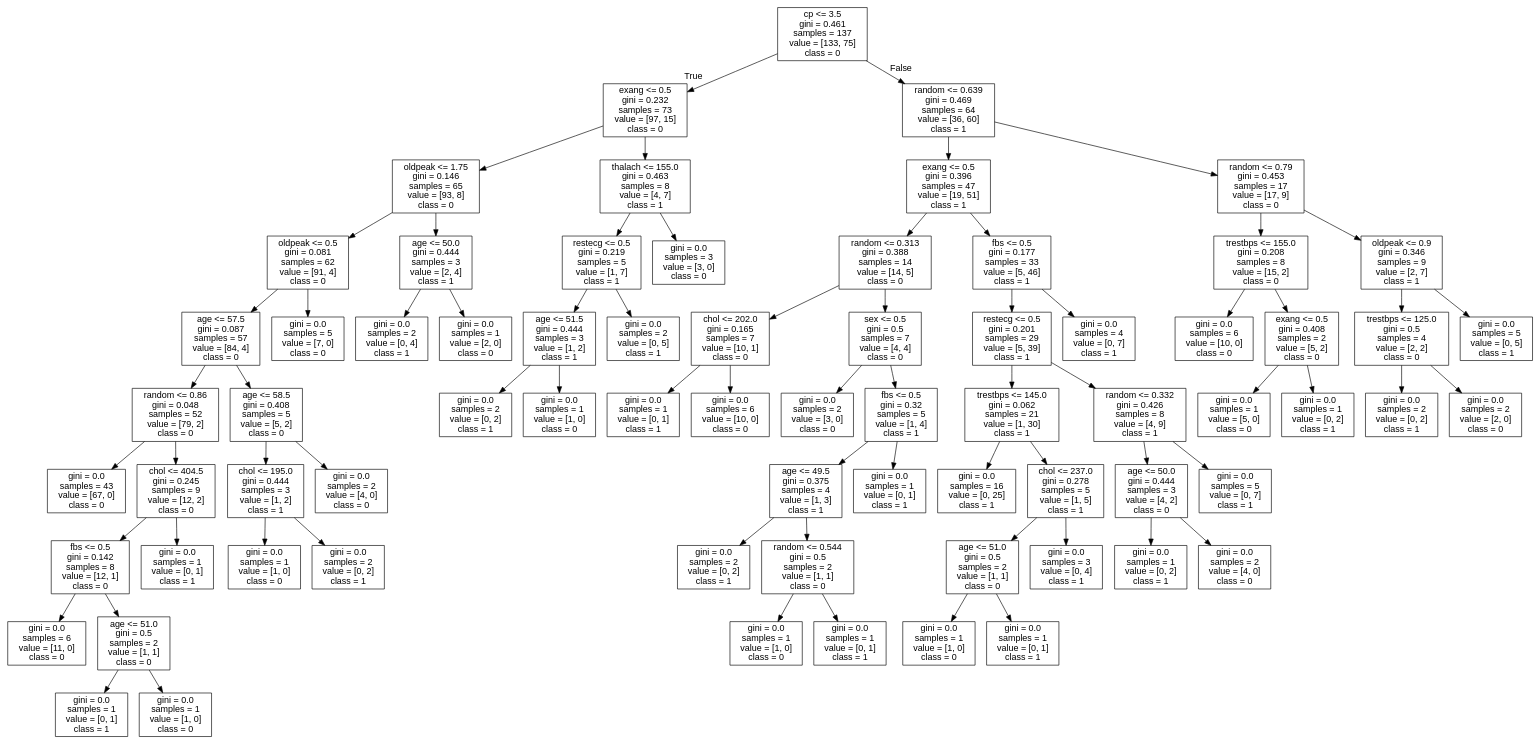
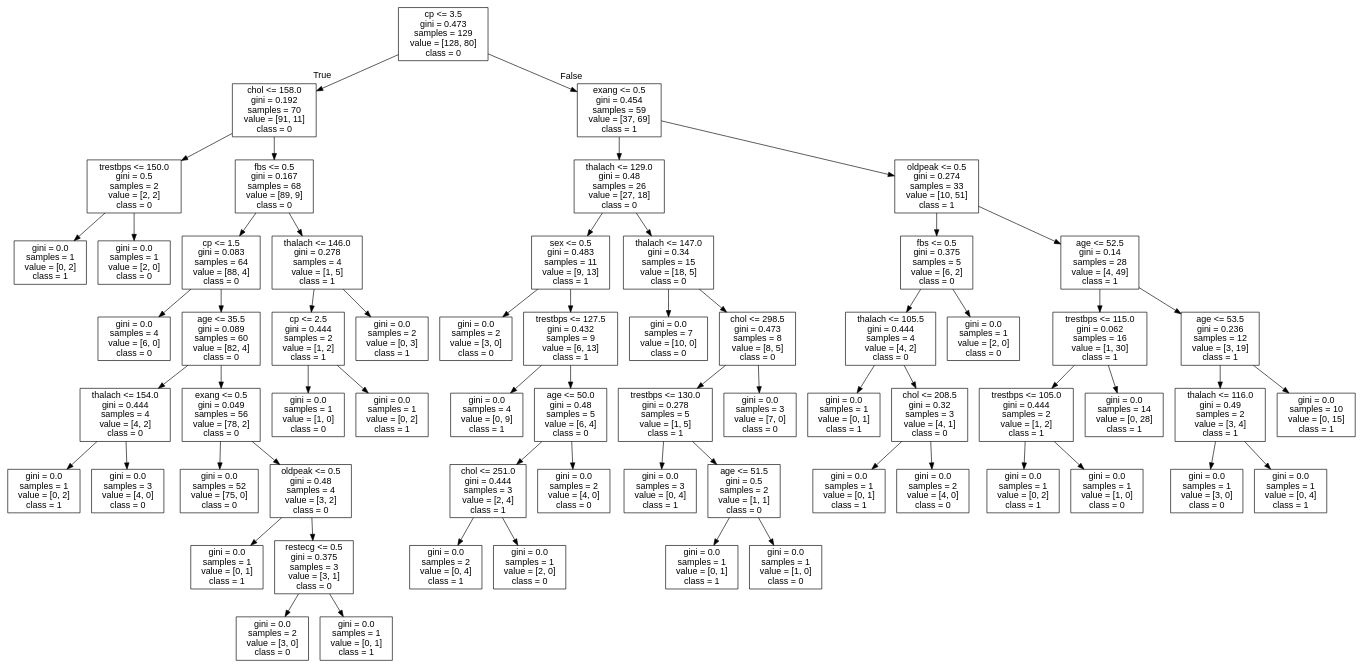
One commit to cyrilvincent/ML changed the diagram in data/heartdisease/tree.dot. Above: the diagram before and after it, drawn with Graphviz. The commit also changed 3 other files, not shown here.

```diff
--- a/data/heartdisease/tree.dot
+++ b/data/heartdisease/tree.dot
@@ -1,145 +1,129 @@
 digraph Tree {
 node [shape=box, fontname="helvetica"] ;
 edge [fontname="helvetica"] ;
-0 [label="cp <= 3.5\ngini = 0.461\nsamples = 137\nvalue = [133, 75]\nclass = 0"] ;
-1 [label="exang <= 0.5\ngini = 0.232\nsamples = 73\nvalue = [97, 15]\nclass = 0"] ;
+0 [label="cp <= 3.5\ngini = 0.473\nsamples = 129\nvalue = [128, 80]\nclass = 0"] ;
+1 [label="chol <= 158.0\ngini = 0.192\nsamples = 70\nvalue = [91, 11]\nclass = 0"] ;
 0 -> 1 [labeldistance=2.5, labelangle=45, headlabel="True"] ;
-2 [label="oldpeak <= 1.75\ngini = 0.146\nsamples = 65\nvalue = [93, 8]\nclass = 0"] ;
+2 [label="trestbps <= 150.0\ngini = 0.5\nsamples = 2\nvalue = [2, 2]\nclass = 0"] ;
 1 -> 2 ;
-3 [label="oldpeak <= 0.5\ngini = 0.081\nsamples = 62\nvalue = [91, 4]\nclass = 0"] ;
+3 [label="gini = 0.0\nsamples = 1\nvalue = [0, 2]\nclass = 1"] ;
 2 -> 3 ;
-4 [label="age <= 57.5\ngini = 0.087\nsamples = 57\nvalue = [84, 4]\nclass = 0"] ;
-3 -> 4 ;
-5 [label="random <= 0.86\ngini = 0.048\nsamples = 52\nvalue = [79, 2]\nclass = 0"] ;
-4 -> 5 ;
-6 [label="gini = 0.0\nsamples = 43\nvalue = [67, 0]\nclass = 0"] ;
+4 [label="gini = 0.0\nsamples = 1\nvalue = [2, 0]\nclass = 0"] ;
+2 -> 4 ;
+5 [label="fbs <= 0.5\ngini = 0.167\nsamples = 68\nvalue = [89, 9]\nclass = 0"] ;
+1 -> 5 ;
+6 [label="cp <= 1.5\ngini = 0.083\nsamples = 64\nvalue = [88, 4]\nclass = 0"] ;
 5 -> 6 ;
-7 [label="chol <= 404.5\ngini = 0.245\nsamples = 9\nvalue = [12, 2]\nclass = 0"] ;
-5 -> 7 ;
-8 [label="fbs <= 0.5\ngini = 0.142\nsamples = 8\nvalue = [12, 1]\nclass = 0"] ;
-7 -> 8 ;
-9 [label="gini = 0.0\nsamples = 6\nvalue = [11, 0]\nclass = 0"] ;
+7 [label="gini = 0.0\nsamples = 4\nvalue = [6, 0]\nclass = 0"] ;
+6 -> 7 ;
+8 [label="age <= 35.5\ngini = 0.089\nsamples = 60\nvalue = [82, 4]\nclass = 0"] ;
+6 -> 8 ;
+9 [label="thalach <= 154.0\ngini = 0.444\nsamples = 4\nvalue = [4, 2]\nclass = 0"] ;
 8 -> 9 ;
-10 [label="age <= 51.0\ngini = 0.5\nsamples = 2\nvalue = [1, 1]\nclass = 0"] ;
-8 -> 10 ;
-11 [label="gini = 0.0\nsamples = 1\nvalue = [0, 1]\nclass = 1"] ;
-10 -> 11 ;
-12 [label="gini = 0.0\nsamples = 1\nvalue = [1, 0]\nclass = 0"] ;
-10 -> 12 ;
-13 [label="gini = 0.0\nsamples = 1\nvalue = [0, 1]\nclass = 1"] ;
-7 -> 13 ;
-14 [label="age <= 58.5\ngini = 0.408\nsamples = 5\nvalue = [5, 2]\nclass = 0"] ;
-4 -> 14 ;
-15 [label="chol <= 195.0\ngini = 0.444\nsamples = 3\nvalue = [1, 2]\nclass = 1"] ;
+10 [label="gini = 0.0\nsamples = 1\nvalue = [0, 2]\nclass = 1"] ;
+9 -> 10 ;
+11 [label="gini = 0.0\nsamples = 3\nvalue = [4, 0]\nclass = 0"] ;
+9 -> 11 ;
+12 [label="exang <= 0.5\ngini = 0.049\nsamples = 56\nvalue = [78, 2]\nclass = 0"] ;
+8 -> 12 ;
+13 [label="gini = 0.0\nsamples = 52\nvalue = [75, 0]\nclass = 0"] ;
+12 -> 13 ;
+14 [label="oldpeak <= 0.5\ngini = 0.48\nsamples = 4\nvalue = [3, 2]\nclass = 0"] ;
+12 -> 14 ;
+15 [label="gini = 0.0\nsamples = 1\nvalue = [0, 1]\nclass = 1"] ;
 14 -> 15 ;
-16 [label="gini = 0.0\nsamples = 1\nvalue = [1, 0]\nclass = 0"] ;
-15 -> 16 ;
-17 [label="gini = 0.0\nsamples = 2\nvalue = [0, 2]\nclass = 1"] ;
-15 -> 17 ;
-18 [label="gini = 0.0\nsamples = 2\nvalue = [4, 0]\nclass = 0"] ;
-14 -> 18 ;
-19 [label="gini = 0.0\nsamples = 5\nvalue = [7, 0]\nclass = 0"] ;
-3 -> 19 ;
-20 [label="age <= 50.0\ngini = 0.444\nsamples = 3\nvalue = [2, 4]\nclass = 1"] ;
-2 -> 20 ;
-21 [label="gini = 0.0\nsamples = 2\nvalue = [0, 4]\nclass = 1"] ;
+16 [label="restecg <= 0.5\ngini = 0.375\nsamples = 3\nvalue = [3, 1]\nclass = 0"] ;
+14 -> 16 ;
+17 [label="gini = 0.0\nsamples = 2\nvalue = [3, 0]\nclass = 0"] ;
+16 -> 17 ;
+18 [label="gini = 0.0\nsamples = 1\nvalue = [0, 1]\nclass = 1"] ;
+16 -> 18 ;
+19 [label="thalach <= 146.0\ngini = 0.278\nsamples = 4\nvalue = [1, 5]\nclass = 1"] ;
+5 -> 19 ;
+20 [label="cp <= 2.5\ngini = 0.444\nsamples = 2\nvalue = [1, 2]\nclass = 1"] ;
+19 -> 20 ;
+21 [label="gini = 0.0\nsamples = 1\nvalue = [1, 0]\nclass = 0"] ;
 20 -> 21 ;
-22 [label="gini = 0.0\nsamples = 1\nvalue = [2, 0]\nclass = 0"] ;
+22 [label="gini = 0.0\nsamples = 1\nvalue = [0, 2]\nclass = 1"] ;
 20 -> 22 ;
-23 [label="thalach <= 155.0\ngini = 0.463\nsamples = 8\nvalue = [4, 7]\nclass = 1"] ;
-1 -> 23 ;
-24 [label="restecg <= 0.5\ngini = 0.219\nsamples = 5\nvalue = [1, 7]\nclass = 1"] ;
-23 -> 24 ;
-25 [label="age <= 51.5\ngini = 0.444\nsamples = 3\nvalue = [1, 2]\nclass = 1"] ;
+23 [label="gini = 0.0\nsamples = 2\nvalue = [0, 3]\nclass = 1"] ;
+19 -> 23 ;
+24 [label="exang <= 0.5\ngini = 0.454\nsamples = 59\nvalue = [37, 69]\nclass = 1"] ;
+0 -> 24 [labeldistance=2.5, labelangle=-45, headlabel="False"] ;
+25 [label="thalach <= 129.0\ngini = 0.48\nsamples = 26\nvalue = [27, 18]\nclass = 0"] ;
 24 -> 25 ;
-26 [label="gini = 0.0\nsamples = 2\nvalue = [0, 2]\nclass = 1"] ;
+26 [label="sex <= 0.5\ngini = 0.483\nsamples = 11\nvalue = [9, 13]\nclass = 1"] ;
 25 -> 26 ;
-27 [label="gini = 0.0\nsamples = 1\nvalue = [1, 0]\nclass = 0"] ;
-25 -> 27 ;
-28 [label="gini = 0.0\nsamples = 2\nvalue = [0, 5]\nclass = 1"] ;
-24 -> 28 ;
-29 [label="gini = 0.0\nsamples = 3\nvalue = [3, 0]\nclass = 0"] ;
-23 -> 29 ;
-30 [label="random <= 0.639\ngini = 0.469\nsamples = 64\nvalue = [36, 60]\nclass = 1"] ;
-0 -> 30 [labeldistance=2.5, labelangle=-45, headlabel="False"] ;
-31 [label="exang <= 0.5\ngini = 0.396\nsamples = 47\nvalue = [19, 51]\nclass = 1"] ;
+27 [label="gini = 0.0\nsamples = 2\nvalue = [3, 0]\nclass = 0"] ;
+26 -> 27 ;
+28 [label="trestbps <= 127.5\ngini = 0.432\nsamples = 9\nvalue = [6, 13]\nclass = 1"] ;
+26 -> 28 ;
+29 [label="gini = 0.0\nsamples = 4\nvalue = [0, 9]\nclass = 1"] ;
+28 -> 29 ;
+30 [label="age <= 50.0\ngini = 0.48\nsamples = 5\nvalue = [6, 4]\nclass = 0"] ;
+28 -> 30 ;
+31 [label="chol <= 251.0\ngini = 0.444\nsamples = 3\nvalue = [2, 4]\nclass = 1"] ;
 30 -> 31 ;
-32 [label="random <= 0.313\ngini = 0.388\nsamples = 14\nvalue = [14, 5]\nclass = 0"] ;
+32 [label="gini = 0.0\nsamples = 2\nvalue = [0, 4]\nclass = 1"] ;
 31 -> 32 ;
-33 [label="chol <= 202.0\ngini = 0.165\nsamples = 7\nvalue = [10, 1]\nclass = 0"] ;
-32 -> 33 ;
-34 [label="gini = 0.0\nsamples = 1\nvalue = [0, 1]\nclass = 1"] ;
-33 -> 34 ;
-35 [label="gini = 0.0\nsamples = 6\nvalue = [10, 0]\nclass = 0"] ;
-33 -> 35 ;
-36 [label="sex <= 0.5\ngini = 0.5\nsamples = 7\nvalue = [4, 4]\nclass = 0"] ;
-32 -> 36 ;
-37 [label="gini = 0.0\nsamples = 2\nvalue = [3, 0]\nclass = 0"] ;
-36 -> 37 ;
-38 [label="fbs <= 0.5\ngini = 0.32\nsamples = 5\nvalue = [1, 4]\nclass = 1"] ;
-36 -> 38 ;
-39 [label="age <= 49.5\ngini = 0.375\nsamples = 4\nvalue = [1, 3]\nclass = 1"] ;
+33 [label="gini = 0.0\nsamples = 1\nvalue = [2, 0]\nclass = 0"] ;
+31 -> 33 ;
+34 [label="gini = 0.0\nsamples = 2\nvalue = [4, 0]\nclass = 0"] ;
+30 -> 34 ;
+35 [label="thalach <= 147.0\ngini = 0.34\nsamples = 15\nvalue = [18, 5]\nclass = 0"] ;
+25 -> 35 ;
+36 [label="gini = 0.0\nsamples = 7\nvalue = [10, 0]\nclass = 0"] ;
+35 -> 36 ;
+37 [label="chol <= 298.5\ngini = 0.473\nsamples = 8\nvalue = [8, 5]\nclass = 0"] ;
+35 -> 37 ;
+38 [label="trestbps <= 130.0\ngini = 0.278\nsamples = 5\nvalue = [1, 5]\nclass = 1"] ;
+37 -> 38 ;
+39 [label="gini = 0.0\nsamples = 3\nvalue = [0, 4]\nclass = 1"] ;
 38 -> 39 ;
-40 [label="gini = 0.0\nsamples = 2\nvalue = [0, 2]\nclass = 1"] ;
-39 -> 40 ;
-41 [label="random <= 0.544\ngini = 0.5\nsamples = 2\nvalue = [1, 1]\nclass = 0"] ;
-39 -> 41 ;
+40 [label="age <= 51.5\ngini = 0.5\nsamples = 2\nvalue = [1, 1]\nclass = 0"] ;
+38 -> 40 ;
+41 [label="gini = 0.0\nsamples = 1\nvalue = [0, 1]\nclass = 1"] ;
+40 -> 41 ;
 42 [label="gini = 0.0\nsamples = 1\nvalue = [1, 0]\nclass = 0"] ;
-41 -> 42 ;
-43 [label="gini = 0.0\nsamples = 1\nvalue = [0, 1]\nclass = 1"] ;
-41 -> 43 ;
-44 [label="gini = 0.0\nsamples = 1\nvalue = [0, 1]\nclass = 1"] ;
-38 -> 44 ;
-45 [label="fbs <= 0.5\ngini = 0.177\nsamples = 33\nvalue = [5, 46]\nclass = 1"] ;
-31 -> 45 ;
-46 [label="restecg <= 0.5\ngini = 0.201\nsamples = 29\nvalue = [5, 39]\nclass = 1"] ;
+40 -> 42 ;
+43 [label="gini = 0.0\nsamples = 3\nvalue = [7, 0]\nclass = 0"] ;
+37 -> 43 ;
+44 [label="oldpeak <= 0.5\ngini = 0.274\nsamples = 33\nvalue = [10, 51]\nclass = 1"] ;
+24 -> 44 ;
+45 [label="fbs <= 0.5\ngini = 0.375\nsamples = 5\nvalue = [6, 2]\nclass = 0"] ;
+44 -> 45 ;
+46 [label="thalach <= 105.5\ngini = 0.444\nsamples = 4\nvalue = [4, 2]\nclass = 0"] ;
 45 -> 46 ;
-47 [label="trestbps <= 145.0\ngini = 0.062\nsamples = 21\nvalue = [1, 30]\nclass = 1"] ;
+47 [label="gini = 0.0\nsamples = 1\nvalue = [0, 1]\nclass = 1"] ;
 46 -> 47 ;
-48 [label="gini = 0.0\nsamples = 16\nvalue = [0, 25]\nclass = 1"] ;
-47 -> 48 ;
-49 [label="chol <= 237.0\ngini = 0.278\nsamples = 5\nvalue = [1, 5]\nclass = 1"] ;
-47 -> 49 ;
-50 [label="age <= 51.0\ngini = 0.5\nsamples = 2\nvalue = [1, 1]\nclass = 0"] ;
-49 -> 50 ;
-51 [label="gini = 0.0\nsamples = 1\nvalue = [1, 0]\nclass = 0"] ;
-50 -> 51 ;
-52 [label="gini = 0.0\nsamples = 1\nvalue = [0, 1]\nclass = 1"] ;
-50 -> 52 ;
-53 [label="gini = 0.0\nsamples = 3\nvalue = [0, 4]\nclass = 1"] ;
-49 -> 53 ;
-54 [label="random <= 0.332\ngini = 0.426\nsamples = 8\nvalue = [4, 9]\nclass = 1"] ;
-46 -> 54 ;
-55 [label="age <= 50.0\ngini = 0.444\nsamples = 3\nvalue = [4, 2]\nclass = 0"] ;
+48 [label="chol <= 208.5\ngini = 0.32\nsamples = 3\nvalue = [4, 1]\nclass = 0"] ;
+46 -> 48 ;
+49 [label="gini = 0.0\nsamples = 1\nvalue = [0, 1]\nclass = 1"] ;
+48 -> 49 ;
+50 [label="gini = 0.0\nsamples = 2\nvalue = [4, 0]\nclass = 0"] ;
+48 -> 50 ;
+51 [label="gini = 0.0\nsamples = 1\nvalue = [2, 0]\nclass = 0"] ;
+45 -> 51 ;
+52 [label="age <= 52.5\ngini = 0.14\nsamples = 28\nvalue = [4, 49]\nclass = 1"] ;
+44 -> 52 ;
+53 [label="trestbps <= 115.0\ngini = 0.062\nsamples = 16\nvalue = [1, 30]\nclass = 1"] ;
+52 -> 53 ;
+54 [label="trestbps <= 105.0\ngini = 0.444\nsamples = 2\nvalue = [1, 2]\nclass = 1"] ;
+53 -> 54 ;
+55 [label="gini = 0.0\nsamples = 1\nvalue = [0, 2]\nclass = 1"] ;
 54 -> 55 ;
-56 [label="gini = 0.0\nsamples = 1\nvalue = [0, 2]\nclass = 1"] ;
-55 -> 56 ;
-57 [label="gini = 0.0\nsamples = 2\nvalue = [4, 0]\nclass = 0"] ;
-55 -> 57 ;
-58 [label="gini = 0.0\nsamples = 5\nvalue = [0, 7]\nclass = 1"] ;
-54 -> 58 ;
-59 [label="gini = 0.0\nsamples = 4\nvalue = [0, 7]\nclass = 1"] ;
-45 -> 59 ;
-60 [label="random <= 0.79\ngini = 0.453\nsamples = 17\nvalue = [17, 9]\nclass = 0"] ;
-30 -> 60 ;
-61 [label="trestbps <= 155.0\ngini = 0.208\nsamples = 8\nvalue = [15, 2]\nclass = 0"] ;
-60 -> 61 ;
-62 [label="gini = 0.0\nsamples = 6\nvalue = [10, 0]\nclass = 0"] ;
-61 -> 62 ;
-63 [label="exang <= 0.5\ngini = 0.408\nsamples = 2\nvalue = [5, 2]\nclass = 0"] ;
-61 -> 63 ;
-64 [label="gini = 0.0\nsamples = 1\nvalue = [5, 0]\nclass = 0"] ;
-63 -> 64 ;
-65 [label="gini = 0.0\nsamples = 1\nvalue = [0, 2]\nclass = 1"] ;
-63 -> 65 ;
-66 [label="oldpeak <= 0.9\ngini = 0.346\nsamples = 9\nvalue = [2, 7]\nclass = 1"] ;
-60 -> 66 ;
-67 [label="trestbps <= 125.0\ngini = 0.5\nsamples = 4\nvalue = [2, 2]\nclass = 0"] ;
-66 -> 67 ;
-68 [label="gini = 0.0\nsamples = 2\nvalue = [0, 2]\nclass = 1"] ;
-67 -> 68 ;
-69 [label="gini = 0.0\nsamples = 2\nvalue = [2, 0]\nclass = 0"] ;
-67 -> 69 ;
-70 [label="gini = 0.0\nsamples = 5\nvalue = [0, 5]\nclass = 1"] ;
-66 -> 70 ;
+56 [label="gini = 0.0\nsamples = 1\nvalue = [1, 0]\nclass = 0"] ;
+54 -> 56 ;
+57 [label="gini = 0.0\nsamples = 14\nvalue = [0, 28]\nclass = 1"] ;
+53 -> 57 ;
+58 [label="age <= 53.5\ngini = 0.236\nsamples = 12\nvalue = [3, 19]\nclass = 1"] ;
+52 -> 58 ;
+59 [label="thalach <= 116.0\ngini = 0.49\nsamples = 2\nvalue = [3, 4]\nclass = 1"] ;
+58 -> 59 ;
+60 [label="gini = 0.0\nsamples = 1\nvalue = [3, 0]\nclass = 0"] ;
+59 -> 60 ;
+61 [label="gini = 0.0\nsamples = 1\nvalue = [0, 4]\nclass = 1"] ;
+59 -> 61 ;
+62 [label="gini = 0.0\nsamples = 10\nvalue = [0, 15]\nclass = 1"] ;
+58 -> 62 ;
 }
```
